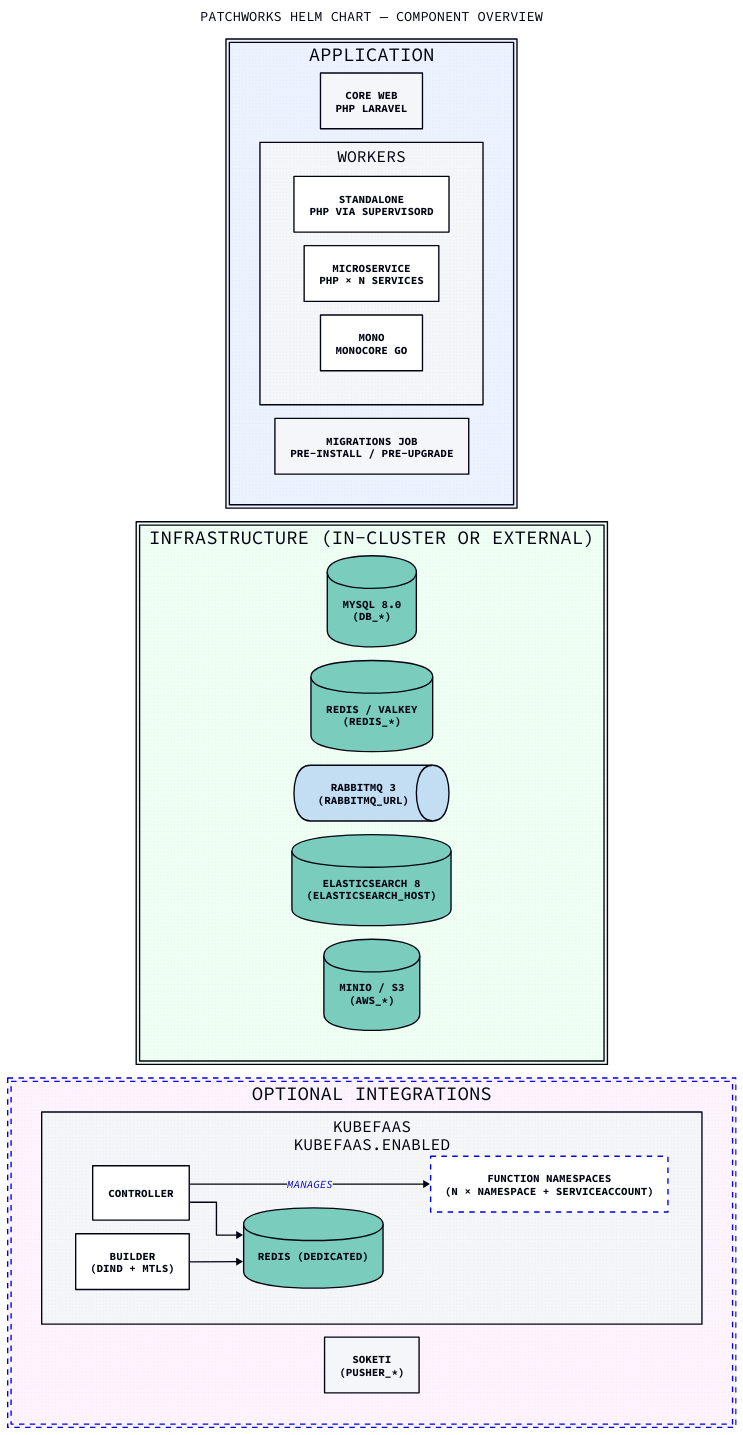
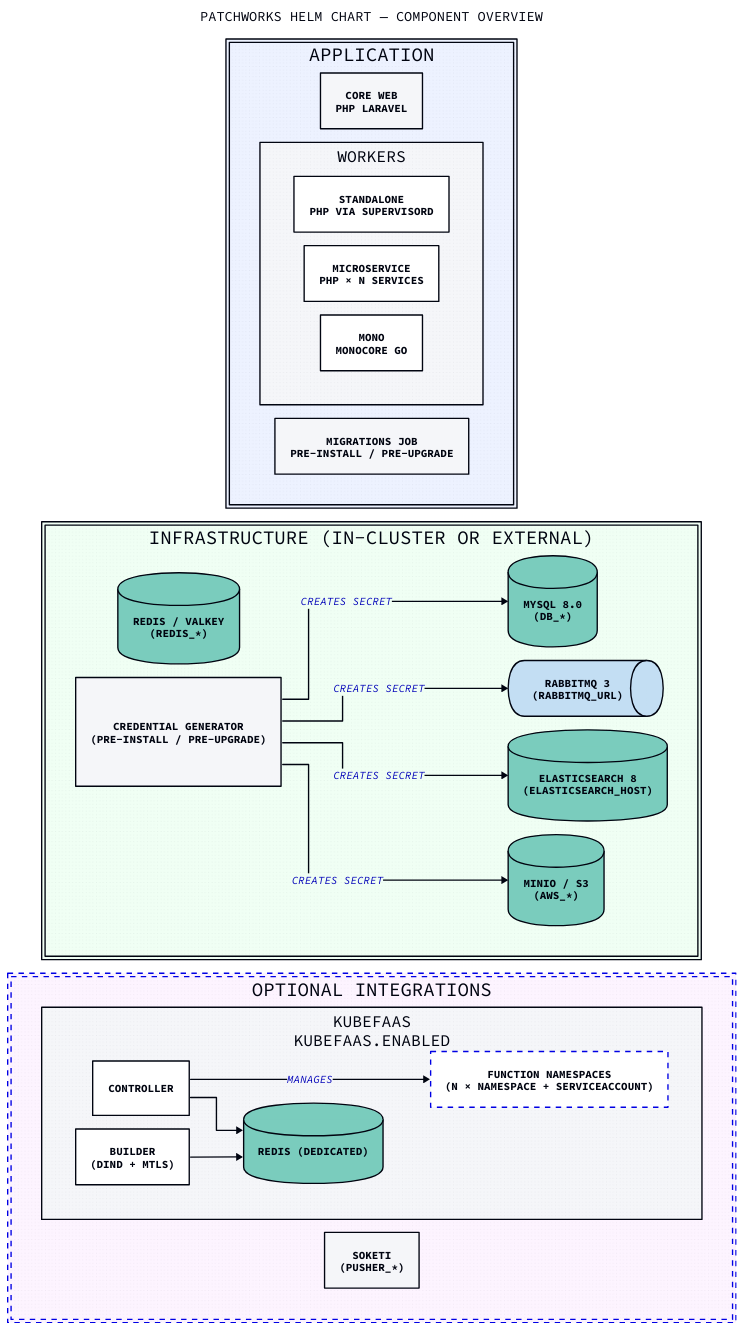
The diagram in docs/chart-overview.d2 (gopatchworks/selfhosted), drawn with D2 before and after one commit. The commit also changed 50 other files, not shown here.

Commit message:
split into infra/app charts

```diff
--- a/docs/chart-overview.d2
+++ b/docs/chart-overview.d2
@@ -1,59 +1,65 @@
 vars: {
   d2-config: {
     layout-engine: elk
     # Terminal theme code
     theme-id: 300
   }
 }
 
 direction: right
 
 title: "Patchworks Helm Chart — Component Overview" {
   shape: text
   near: top-center
   style.font-size: 20
 }
 
 application: Application {
   style.fill: "#EDF2FF"
 
   web: "Core Web\nPHP Laravel" { shape: rectangle }
 
   workers: Workers {
     standalone:   "standalone\nPHP via supervisord" { shape: rectangle }
     microservice: "microservice\nPHP × N services"  { shape: rectangle }
     mono:         "mono\nMonocore Go"               { shape: rectangle }
   }
 
   migrations: "Migrations Job\npre-install / pre-upgrade" { shape: rectangle }
 }
 
 infra: "Infrastructure (in-cluster or external)" {
   style.fill: "#F0FFF4"
 
   mysql:         "MySQL 8.0\n(DB_*)"                     { shape: cylinder }
   redis:         "Redis / Valkey\n(REDIS_*)"              { shape: cylinder }
   rabbitmq:      "RabbitMQ 3\n(RABBITMQ_URL)"             { shape: queue    }
   elasticsearch: "Elasticsearch 8\n(ELASTICSEARCH_HOST)"  { shape: cylinder }
   s3:            "MinIO / S3\n(AWS_*)"                    { shape: cylinder }
+  credentials:   "Credential Generator\n(pre-install / pre-upgrade)" { shape: rectangle }
+
+  credentials -> mysql: creates Secret
+  credentials -> rabbitmq: creates Secret
+  credentials -> elasticsearch: creates Secret
+  credentials -> s3: creates Secret
 }
 
 optional: "Optional Integrations" {
   style.fill: "#FDF4FF"
   style.stroke-dash: 4
 
   kubefaas: "KubeFaaS\nkubefaas.enabled" {
     controller: Controller { shape: rectangle }
     builder:    "Builder\n(dind + mTLS)"   { shape: rectangle }
     kfredis:    "Redis (dedicated)"        { shape: cylinder }
     functions:  "Function Namespaces\n(N × Namespace + ServiceAccount)" {
       shape: rectangle
       style.stroke-dash: 4
     }
     controller -> kfredis
     builder    -> kfredis
     controller -> functions: manages
   }
 
   soketi: "Soketi\n(PUSHER_*)" { shape: rectangle }
 }
```
